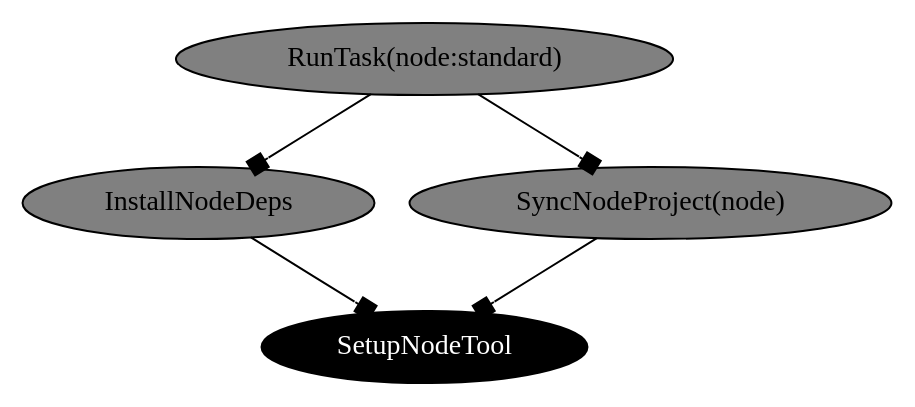
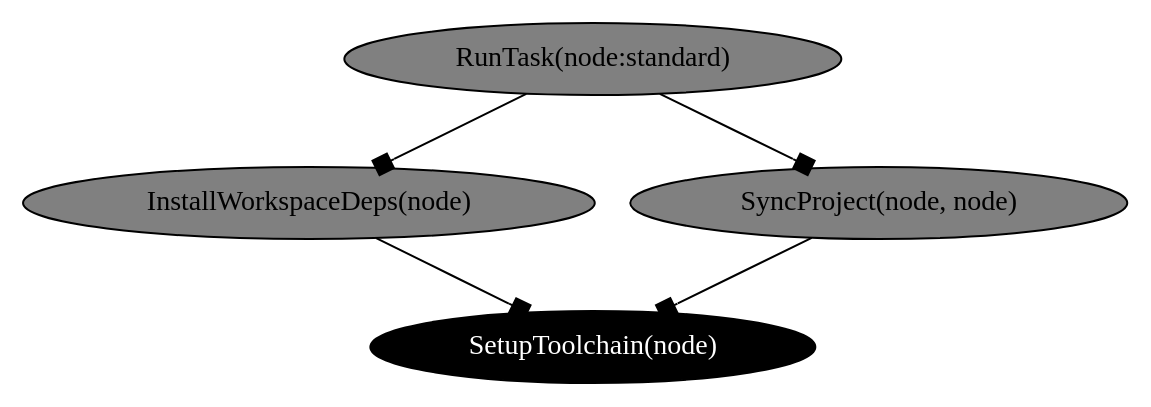
One commit to moonrepo/moon changed the diagram in website/docs/commands/action-graph.mdx. Above: the diagram before and after it, drawn with Graphviz. The commit also changed 55 other files, not shown here.

````diff
--- a/website/docs/commands/action-graph.mdx
+++ b/website/docs/commands/action-graph.mdx
@@ -39,12 +39,12 @@
 ```dot
 digraph {
-    0 [ label="SetupNodeTool" style=filled, shape=oval, fillcolor=black, fontcolor=white]
-    1 [ label="InstallNodeDeps" style=filled, shape=oval, fillcolor=gray, fontcolor=black]
-    2 [ label="SyncNodeProject(node)" style=filled, shape=oval, fillcolor=gray, fontcolor=black]
+    0 [ label="SetupToolchain(node)" style=filled, shape=oval, fillcolor=black, fontcolor=white]
+    1 [ label="InstallWorkspaceDeps(node)" style=filled, shape=oval, fillcolor=gray, fontcolor=black]
+    2 [ label="SyncProject(node, node)" style=filled, shape=oval, fillcolor=gray, fontcolor=black]
     3 [ label="RunTask(node:standard)" style=filled, shape=oval, fillcolor=gray, fontcolor=black]
     1 -> 0 [ arrowhead=box, arrowtail=box]
     2 -> 0 [ arrowhead=box, arrowtail=box]
     3 -> 1 [ arrowhead=box, arrowtail=box]
     3 -> 2 [ arrowhead=box, arrowtail=box]
 }
 ```
````
